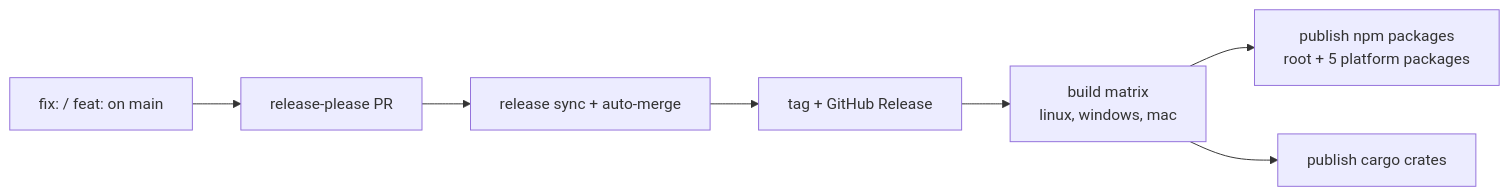
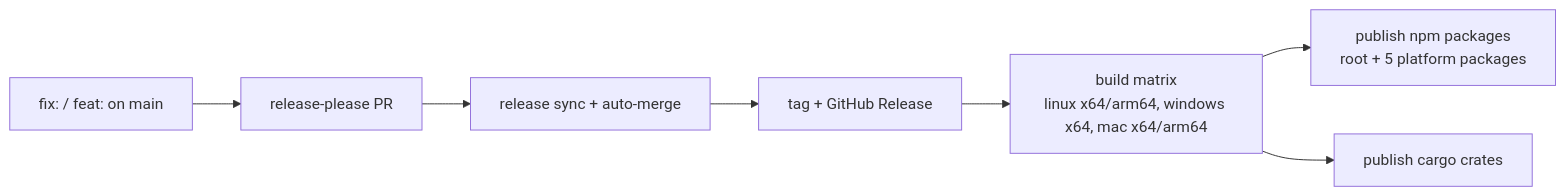
One commit to special-place-ai-heaven/terminal-commander changed the second of 2 diagrams in README.md. Above: the diagram before and after it, drawn with Mermaid. The commit also changed other lines of this file, not shown here.

````diff
--- a/README.md
+++ b/README.md
@@ -291,9 +399,9 @@
 ```mermaid
 flowchart LR
   Commit["fix: / feat: on main"] --> RP["release-please PR"]
   RP --> Sync["release sync + auto-merge"]
   Sync --> Tag["tag + GitHub Release"]
-  Tag --> Build["build matrix\nlinux, windows, mac"]
+  Tag --> Build["build matrix\nlinux x64/arm64, windows x64, mac x64/arm64"]
   Build --> Publish["publish npm packages\nroot + 5 platform packages"]
   Build --> Cargo["publish cargo crates"]
 ```
````
